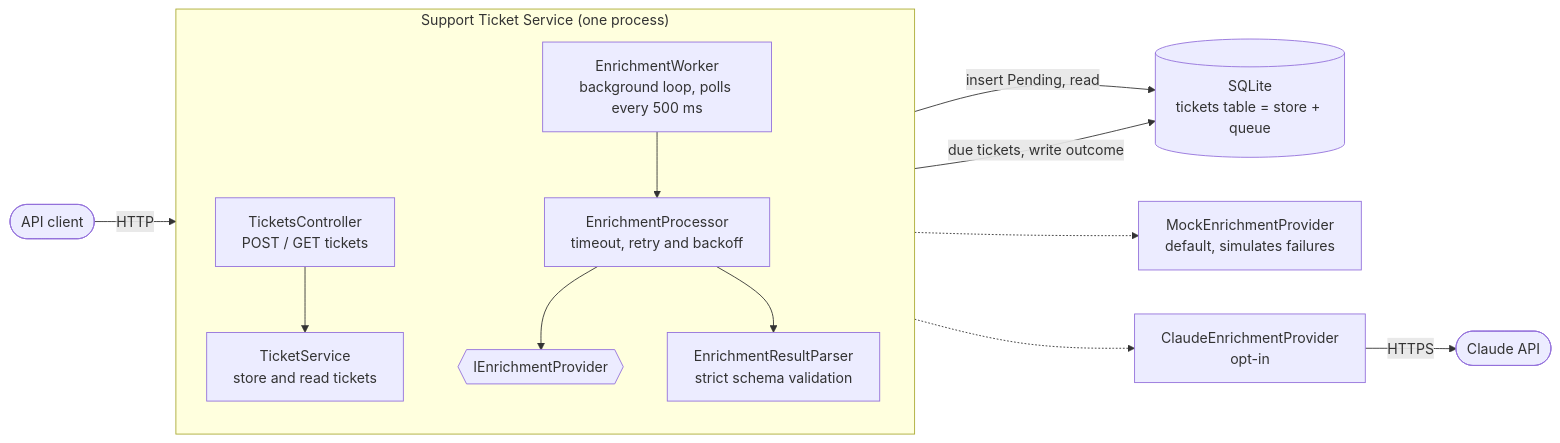
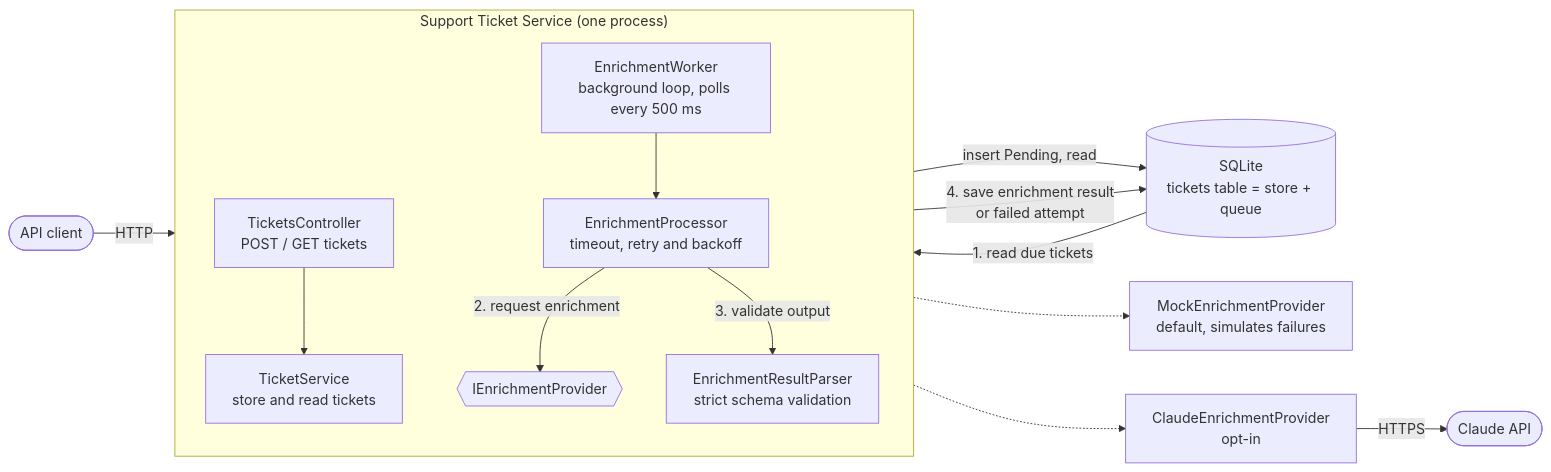
One commit to nofarelarat/TicketEnrichment changed the diagram in DESIGN.md. Above: the diagram before and after it, drawn with Mermaid.

Commit message:
Show the enrichment result being saved in the component diagram

````diff
--- a/DESIGN.md
+++ b/DESIGN.md
@@ -5,30 +5,31 @@
 ```mermaid
 flowchart LR
     Client([API client])
 
     subgraph Service["Support Ticket Service (one process)"]
         direction TB
         Controller["TicketsController<br/>POST / GET tickets"]
         TicketService["TicketService<br/>store and read tickets"]
         Worker["EnrichmentWorker<br/>background loop, polls every 500 ms"]
         Processor["EnrichmentProcessor<br/>timeout, retry and backoff"]
         Parser["EnrichmentResultParser<br/>strict schema validation"]
         Provider{{"IEnrichmentProvider"}}
     end
 
     DB[("SQLite<br/>tickets table = store + queue")]
     Mock["MockEnrichmentProvider<br/>default, simulates failures"]
     Claude["ClaudeEnrichmentProvider<br/>opt-in"]
     ClaudeApi([Claude API])
 
     Client -->|HTTP| Controller
     Controller --> TicketService
     TicketService -->|insert Pending, read| DB
     Worker --> Processor
-    Processor -->|due tickets, write outcome| DB
-    Processor --> Provider
-    Processor --> Parser
+    DB -->|1. read due tickets| Processor
+    Processor -->|2. request enrichment| Provider
+    Processor -->|3. validate output| Parser
+    Processor -->|4. save enrichment result<br/>or failed attempt| DB
     Provider -.-> Mock
     Provider -.-> Claude
     Claude -->|HTTPS| ClaudeApi
 ```
````
